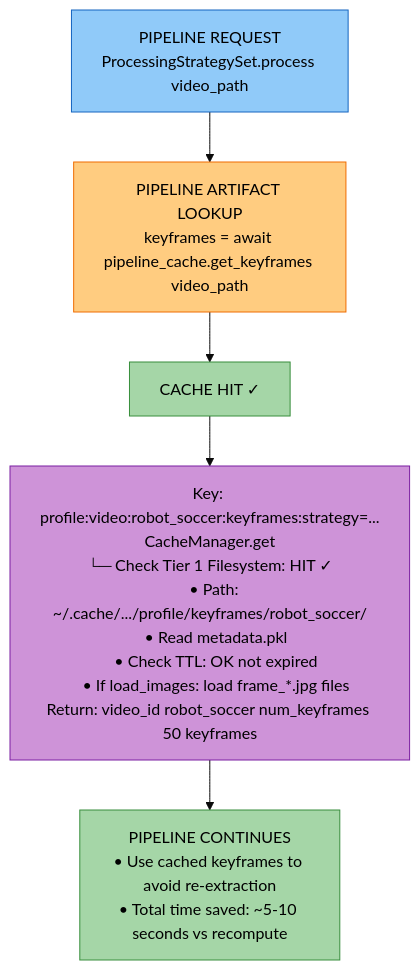
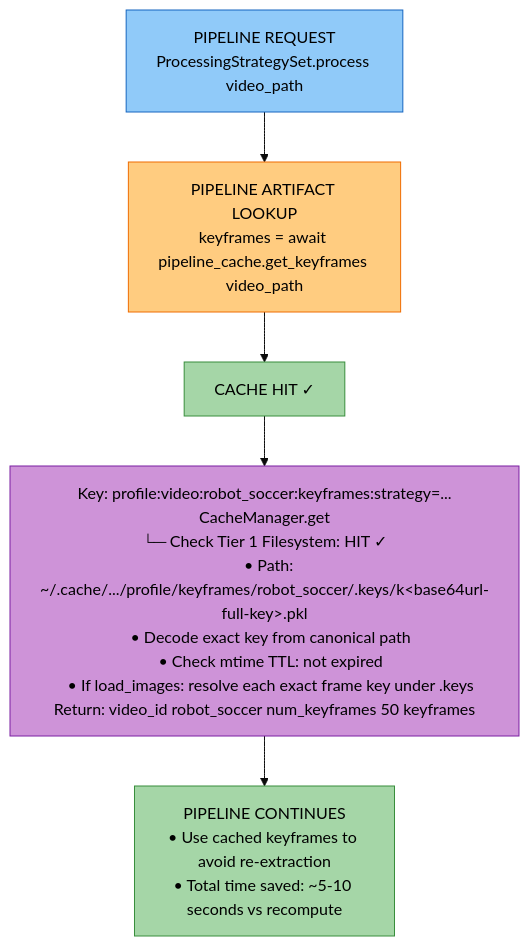
One commit to amit-jain/cogniverse changed the fourth of 5 diagrams in docs/modules/cache.md. Above: the diagram before and after it, drawn with Mermaid (base theme). The commit also changed other lines of this file and 4 other files, not shown here.

Commit message:
Use canonical filesystem cache keys

````diff
--- a/docs/modules/cache.md
+++ b/docs/modules/cache.md
@@ -1532,19 +1518,19 @@
 ```mermaid
 flowchart TB
     REQ["<span style='color:#000'>PIPELINE REQUEST<br/>ProcessingStrategySet.process video_path</span>"]
     PIPE["<span style='color:#000'>PIPELINE ARTIFACT LOOKUP<br/>keyframes = await pipeline_cache.get_keyframes video_path</span>"]
     PIPE_HIT["<span style='color:#000'>CACHE HIT ✓</span>"]
-    CMGET2["<span style='color:#000'>Key: profile:video:robot_soccer:keyframes:strategy=...<br/>CacheManager.get<br/>└─ Check Tier 1 Filesystem: HIT ✓<br/>   • Path: ~/.cache/.../profile/keyframes/robot_soccer/<br/>   • Read metadata.pkl<br/>   • Check TTL: OK not expired<br/>   • If load_images: load frame_*.jpg files<br/>Return: video_id robot_soccer num_keyframes 50 keyframes</span>"]
+    CMGET2["<span style='color:#000'>Key: profile:video:robot_soccer:keyframes:strategy=...<br/>CacheManager.get<br/>└─ Check Tier 1 Filesystem: HIT ✓<br/>   • Path: ~/.cache/.../profile/keyframes/robot_soccer/.keys/k&lt;base64url-full-key&gt;.pkl<br/>   • Decode exact key from canonical path<br/>   • Check mtime TTL: not expired<br/>   • If load_images: resolve each exact frame key under .keys<br/>Return: video_id robot_soccer num_keyframes 50 keyframes</span>"]
     CONT["<span style='color:#000'>PIPELINE CONTINUES<br/>• Use cached keyframes to avoid re-extraction<br/>• Total time saved: ~5-10 seconds vs recompute</span>"]
 
     REQ --> PIPE
     PIPE --> PIPE_HIT
     PIPE_HIT --> CMGET2
     CMGET2 --> CONT
 
     style REQ fill:#90caf9,stroke:#1565c0,color:#000
     style PIPE fill:#ffcc80,stroke:#ef6c00,color:#000
     style PIPE_HIT fill:#a5d6a7,stroke:#388e3c,color:#000
     style CMGET2 fill:#ce93d8,stroke:#7b1fa2,color:#000
     style CONT fill:#a5d6a7,stroke:#388e3c,color:#000
 ```
````
